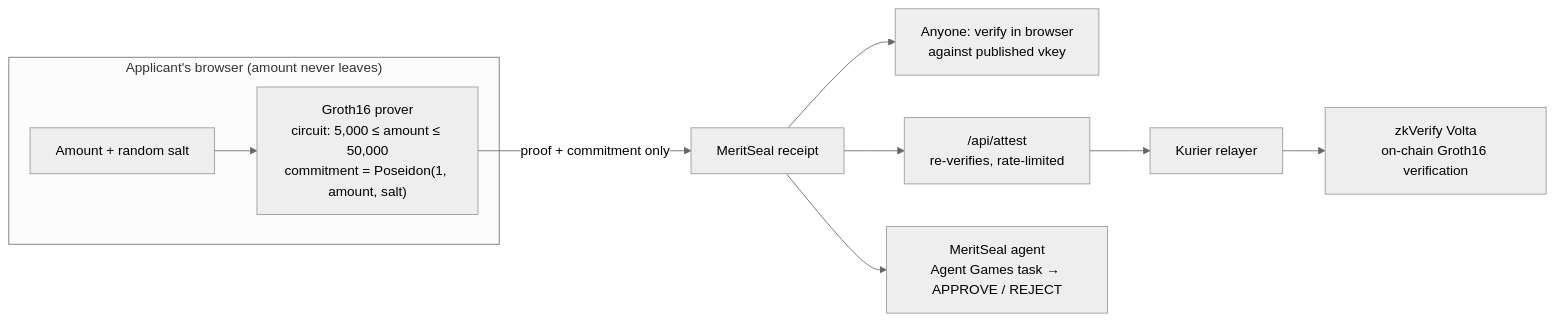
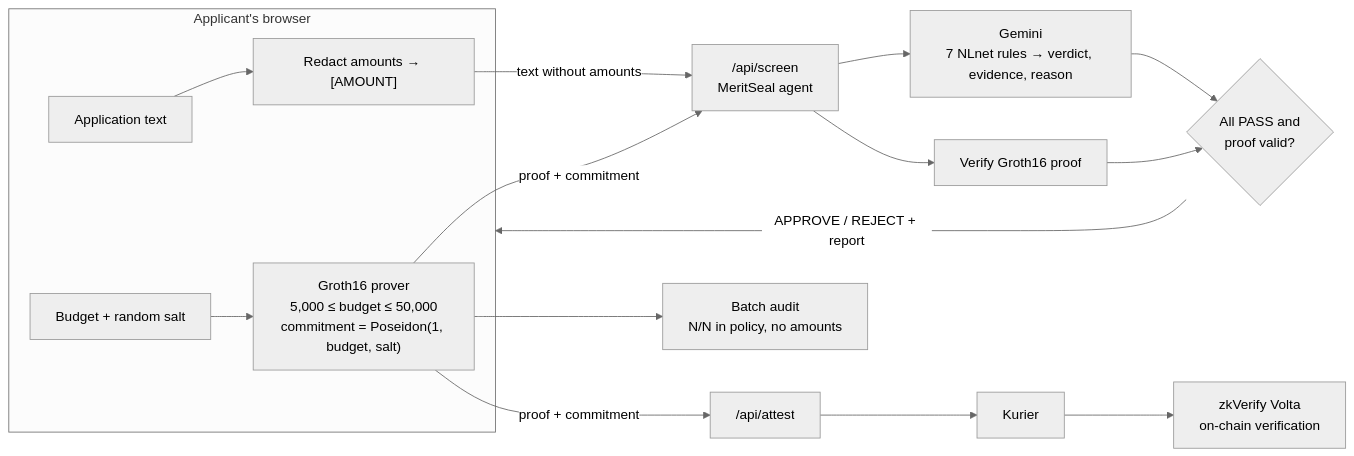
Before and after one commit to thesithunyein/meritseal: the diagram in README.md, drawn with Mermaid (neutral theme). The commit also changed other lines of this file and 7 other files, not shown here.

First line of the commit message:
Add AI screening agent and batch audit

````diff
--- a/README.md
+++ b/README.md
@@ -33,11 +49,16 @@
 ```mermaid
 flowchart LR
-    subgraph Browser["Applicant's browser (amount never leaves)"]
-        A["Amount + random salt"] --> P["Groth16 prover<br/>circuit: 5,000 ≤ amount ≤ 50,000<br/>commitment = Poseidon(1, amount, salt)"]
+    subgraph Browser["Applicant's browser"]
+        T["Application text"] --> X["Redact amounts → [AMOUNT]"]
+        A["Budget + random salt"] --> P["Groth16 prover<br/>5,000 ≤ budget ≤ 50,000<br/>commitment = Poseidon(1, budget, salt)"]
     end
-    P -->|"proof + commitment only"| R["MeritSeal receipt"]
-    R --> V1["Anyone: verify in browser<br/>against published vkey"]
-    R --> S["/api/attest<br/>re-verifies, rate-limited"]
-    S --> K["Kurier relayer"] --> Z["zkVerify Volta<br/>on-chain Groth16 verification"]
-    R --> AG["MeritSeal agent<br/>Agent Games task → APPROVE / REJECT"]
+    X -->|"text without amounts"| S["/api/screen<br/>MeritSeal agent"]
+    P -->|"proof + commitment"| S
+    S --> G["Gemini<br/>7 NLnet rules → verdict, evidence, reason"]
+    S --> V["Verify Groth16 proof"]
+    G --> D{"All PASS and<br/>proof valid?"}
+    V --> D
+    D -->|"APPROVE / REJECT + report"| Browser
+    P -->|"proof + commitment"| R["/api/attest"] --> K["Kurier"] --> Z["zkVerify Volta<br/>on-chain verification"]
+    P --> AU["Batch audit<br/>N/N in policy, no amounts"]
 ```
````
